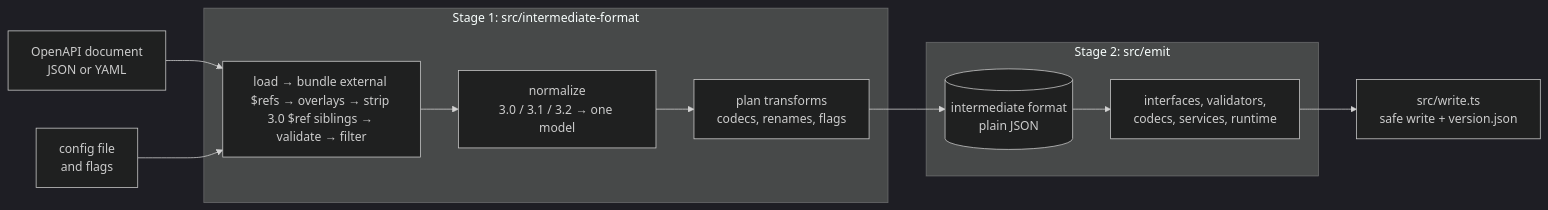
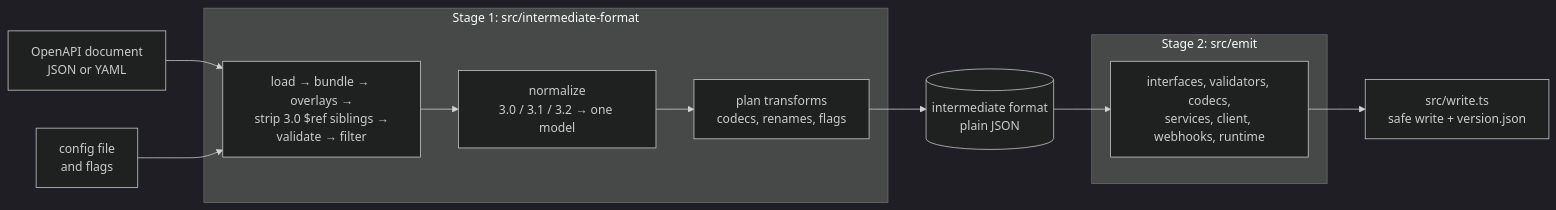
One commit to Mansi1/open-api-gen changed the diagram in ARCH.md. Above: the diagram before and after it, drawn with Mermaid (dark theme). The commit also changed other lines of this file and 2 other files, not shown here.

First line of the commit message:
docs: restructure README and ARCH for the complete client

````diff
--- a/ARCH.md
+++ b/ARCH.md
@@ -5,14 +21,16 @@
 ```mermaid
 flowchart LR
   spec[OpenAPI document<br/>JSON or YAML] --> prepare
   config[config file<br/>and flags] --> prepare
   subgraph stage1 [Stage 1: src/intermediate-format]
-    prepare[load → bundle external $refs → overlays → strip 3.0 $ref siblings → validate → filter] --> normalize[normalize<br/>3.0 / 3.1 / 3.2 → one model]
+    prepare[load → bundle → overlays →<br/>strip 3.0 $ref siblings →<br/>validate → filter] --> normalize[normalize<br/>3.0 / 3.1 / 3.2 → one model]
     normalize --> plan[plan transforms<br/>codecs, renames, flags]
   end
-  plan --> format[(intermediate format<br/>plain JSON)]
+  format[(intermediate format<br/>plain JSON)]
   subgraph stage2 [Stage 2: src/emit]
-    format --> emit[interfaces, validators,<br/>codecs, services, runtime]
+    emit[interfaces, validators, codecs,<br/>services, client, webhooks, runtime]
   end
+  plan --> format
+  format --> emit
   emit --> write[src/write.ts<br/>safe write + version.json]
 ```
````
